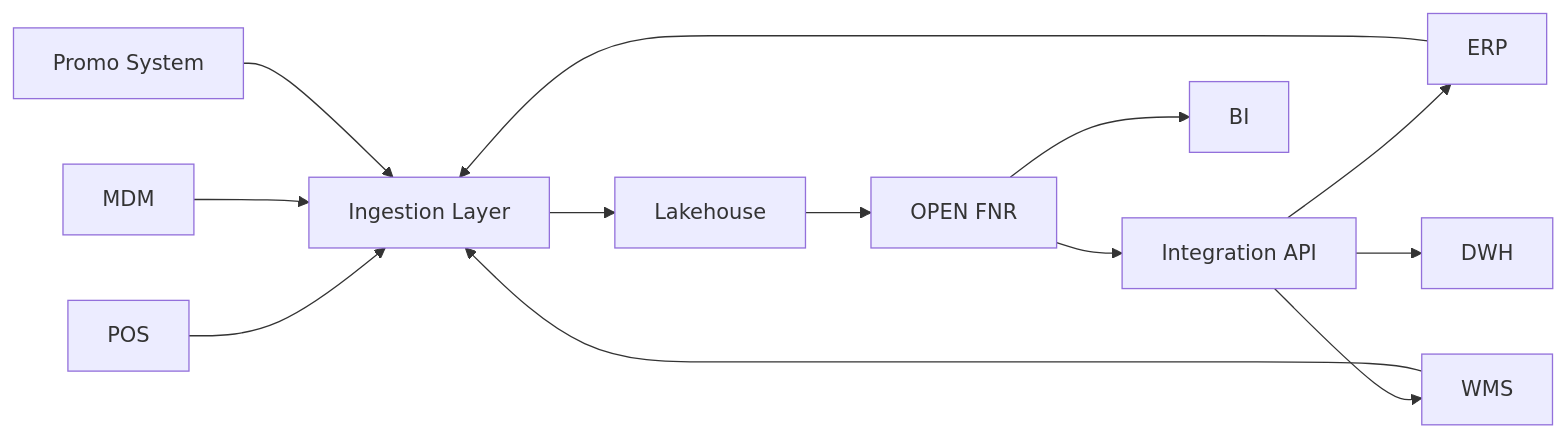
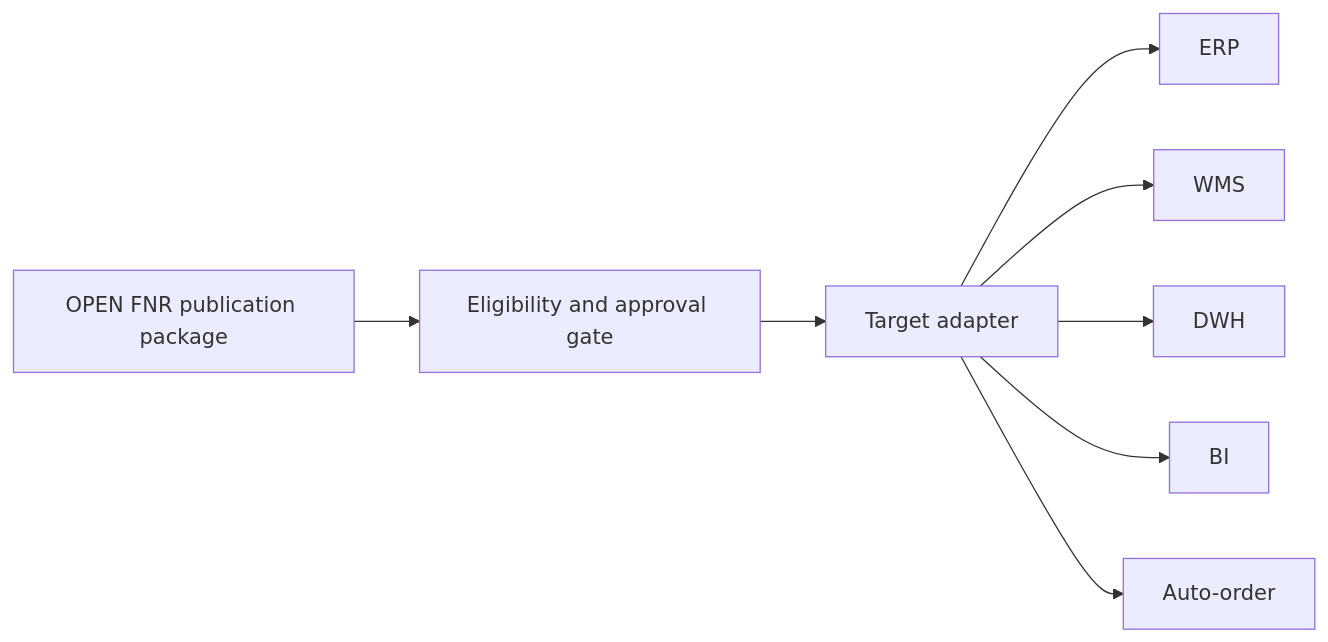
One commit to romanrav1980/OPEN_FNR changed the second of 2 diagrams in INTEGRATION_STRATEGY.md. Above: the diagram before and after it, drawn with Mermaid. The commit also changed other lines of this file and 9 other files, not shown here.

````diff
--- a/INTEGRATION_STRATEGY.md
+++ b/INTEGRATION_STRATEGY.md
@@ -52,15 +111,10 @@
 ```mermaid
 flowchart LR
-    POS[POS] --> ING[Ingestion Layer]
-    ERP[ERP] --> ING
-    WMS[WMS] --> ING
-    MDM[MDM] --> ING
-    PROMO[Promo System] --> ING
-    ING --> LAKE[Lakehouse]
-    LAKE --> FNR[OPEN FNR]
-    FNR --> API[Integration API]
-    API --> ERP
-    API --> WMS
-    API --> DWH[DWH]
-    FNR --> BI[BI]
+    FNR[OPEN FNR publication package] --> GATE[Eligibility and approval gate]
+    GATE --> ADAPTER[Target adapter]
+    ADAPTER --> ERP[ERP]
+    ADAPTER --> WMS[WMS]
+    ADAPTER --> DWH[DWH]
+    ADAPTER --> BI[BI]
+    ADAPTER --> AO[Auto-order]
 ```
````
